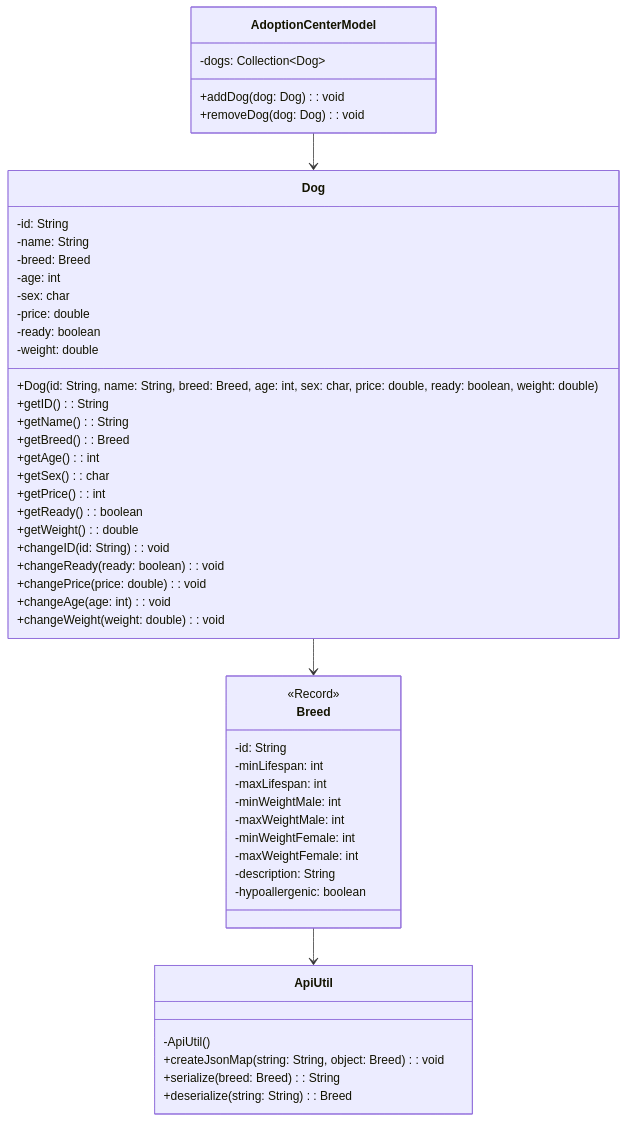
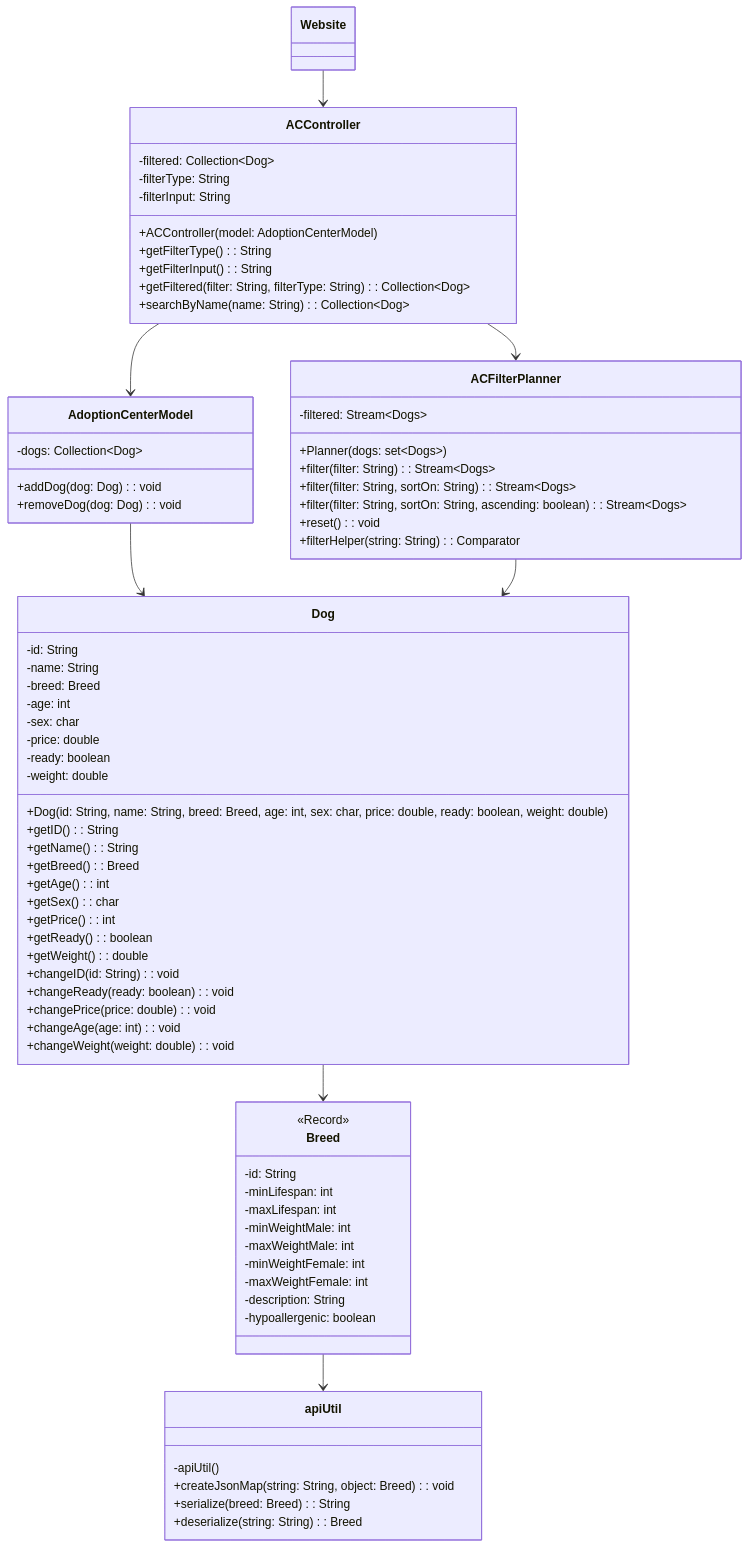
One commit to Su24-CS5004-Online-Lionelle/final-project-group-1 changed the diagram in DesignDocuments/Intialdesign.md. Above: the diagram before and after it, drawn with Mermaid.

````diff
--- a/DesignDocuments/Intialdesign.md
+++ b/DesignDocuments/Intialdesign.md
@@ -3,53 +3,77 @@
 ```mermaid
 classDiagram
 class Dog {
     -id: String
     -name: String
     -breed: Breed
     -age: int
     -sex: char
     -price: double
     -ready: boolean
     -weight: double
     +Dog(id: String, name: String, breed: Breed, age: int, sex: char, price: double, ready: boolean, weight: double)
     +getID(): String
     +getName(): String
     +getBreed(): Breed
     +getAge(): int
     +getSex(): char
     +getPrice(): int
     +getReady(): boolean
     +getWeight(): double
     +changeID(id: String): void
     +changeReady(ready: boolean): void
     +changePrice(price: double): void
     +changeAge(age: int): void
     +changeWeight(weight: double): void
 }
 class Breed {
     <<Record>>
     -id: String
     -minLifespan: int
     -maxLifespan: int
     -minWeightMale: int
     -maxWeightMale: int
     -minWeightFemale: int
     -maxWeightFemale: int
     -description: String
     -hypoallergenic: boolean
 }
-class ApiUtil {
-    -ApiUtil()
+class apiUtil {
+    -apiUtil()
     +createJsonMap(string: String, object: Breed): void
     +serialize(breed: Breed): String
-    +deserialize(string: String): Breed
+    +deserialize(string: String): Breed 
 }
 class AdoptionCenterModel {
     -dogs: Collection~Dog~
-    +addDog(dog: Dog): void
+    +addDog(dog: Dog): void 
     +removeDog(dog: Dog): void
 }
+class ACController {
+-filtered: Collection~Dog~
+-filterType: String
+-filterInput: String
++ACController(model: AdoptionCenterModel)
++getFilterType(): String
++getFilterInput(): String
++getFiltered(filter: String, filterType: String): Collection~Dog~
++searchByName(name: String): Collection~Dog~
+}
+class Website
+class ACFilterPlanner {
+	-filtered: Stream~Dogs~
+	+Planner(dogs: set~Dogs~)
+	+filter(filter: String): Stream~Dogs~
+	+filter(filter: String, sortOn: String): Stream~Dogs~
+	+filter(filter: String, sortOn: String, ascending: boolean): Stream~Dogs~
+	+reset(): void
+	+filterHelper(string: String): Comparator
+}
 Dog --> Breed
-Breed --> ApiUtil
-AdoptionCenterModel --> Dog
+Breed --> apiUtil
+AdoptionCenterModel --> Dog 
+ACController --> AdoptionCenterModel
+Website --> ACController
+ACController --> ACFilterPlanner
+ACFilterPlanner --> Dog
 ```
````
